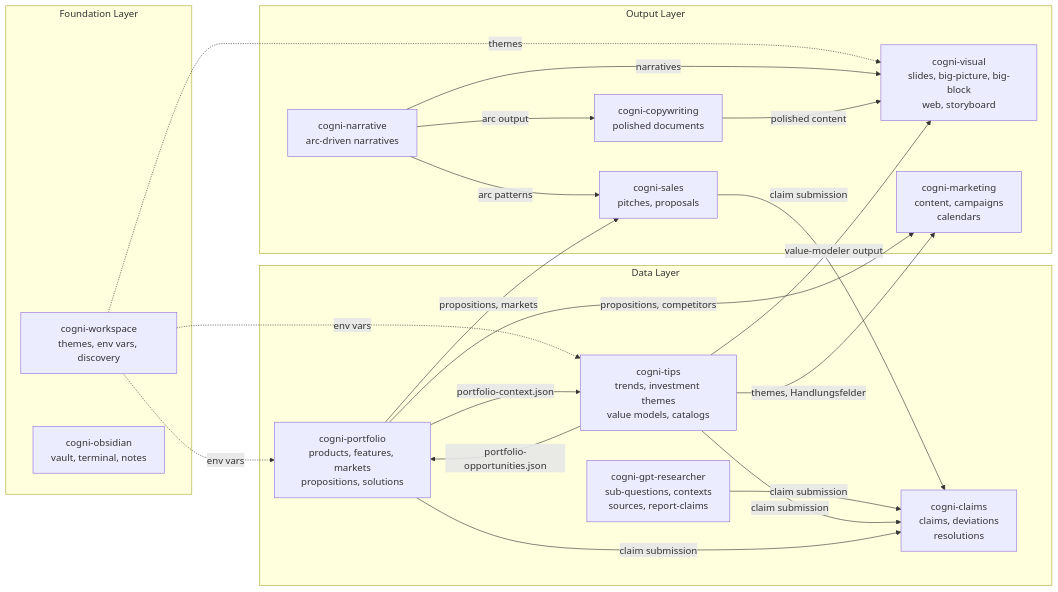
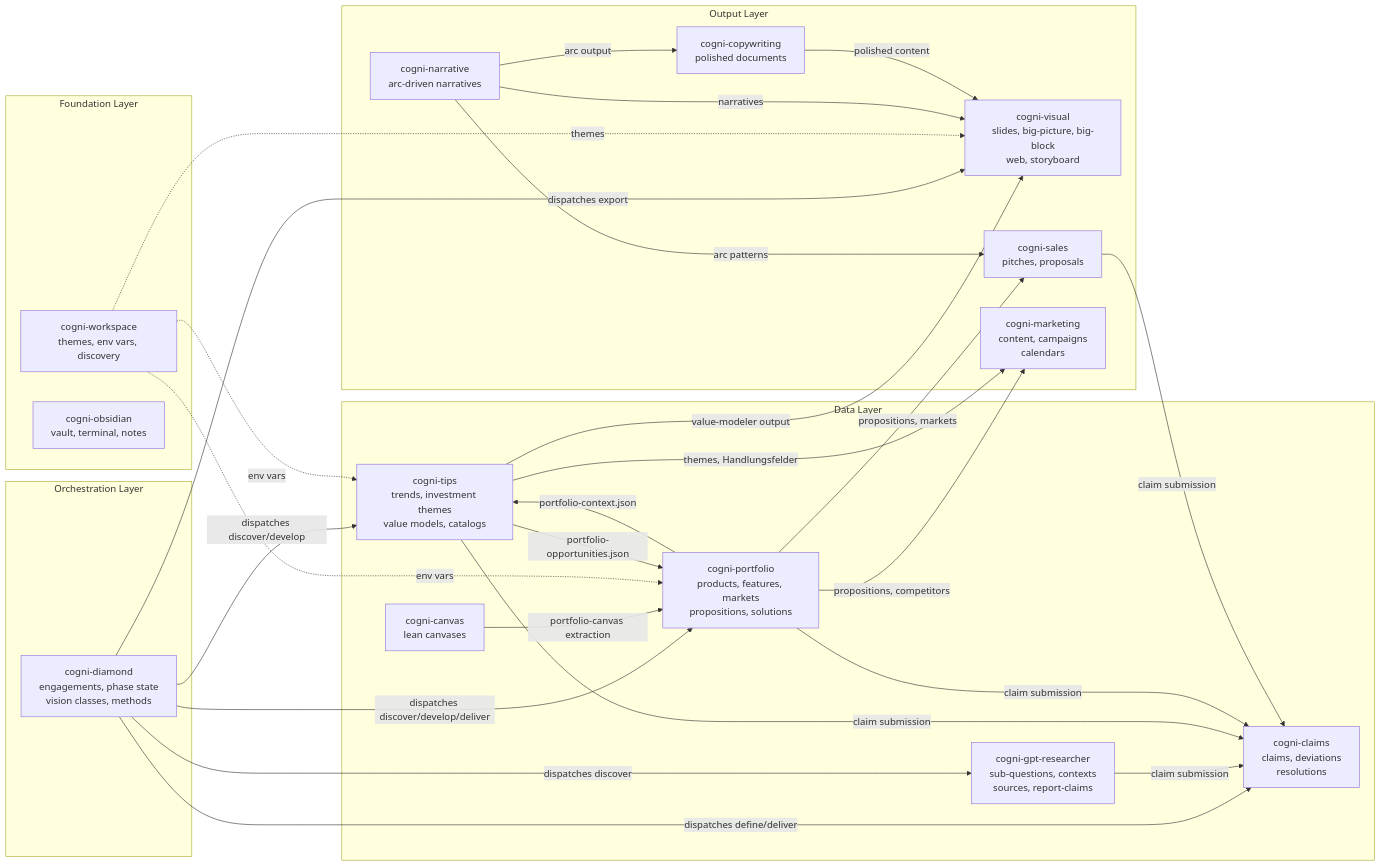
One commit to cogni-work/insight-wave changed the diagram in docs/er-diagram.md. Above: the diagram before and after it, drawn with Mermaid. The commit also changed other lines of this file and 15 other files, not shown here.

First line of the commit message:
docs(cogni-diamond): integrate into horizontal docs, teacher curriculum, and ER diagram

````diff
--- a/docs/er-diagram.md
+++ b/docs/er-diagram.md
@@ -7,53 +7,68 @@
 ```mermaid
 graph LR
+    subgraph Orchestration["Orchestration Layer"]
+        DM[cogni-diamond<br/>engagements, phase state<br/>vision classes, methods]
+    end
+
     subgraph Foundation["Foundation Layer"]
         WS[cogni-workspace<br/>themes, env vars, discovery]
         OB[cogni-obsidian<br/>vault, terminal, notes]
     end
 
     subgraph Data["Data Layer"]
+        CV[cogni-canvas<br/>lean canvases]
         PF[cogni-portfolio<br/>products, features, markets<br/>propositions, solutions]
         TI[cogni-tips<br/>trends, investment themes<br/>value models, catalogs]
         GR[cogni-gpt-researcher<br/>sub-questions, contexts<br/>sources, report-claims]
         CL[cogni-claims<br/>claims, deviations<br/>resolutions]
     end
 
     subgraph Output["Output Layer"]
         NA[cogni-narrative<br/>arc-driven narratives]
         CW[cogni-copywriting<br/>polished documents]
         VI[cogni-visual<br/>slides, big-picture, big-block<br/>web, storyboard]
         SA[cogni-sales<br/>pitches, proposals]
         MK[cogni-marketing<br/>content, campaigns<br/>calendars]
     end
+
+    %% Orchestration → Data + Output (diamond dispatches)
+    DM -->|dispatches discover| GR
+    DM -->|dispatches discover/develop| TI
+    DM -->|dispatches discover/develop/deliver| PF
+    DM -->|dispatches define/deliver| CL
+    DM -->|dispatches export| VI
+
+    %% Canvas → Portfolio
+    CV -->|portfolio-canvas extraction| PF
 
     %% Foundation → All
     WS -.->|themes| VI
     WS -.->|env vars| PF
     WS -.->|env vars| TI
 
     %% Portfolio ↔ TIPS (bidirectional)
     PF -->|portfolio-context.json| TI
     TI -->|portfolio-opportunities.json| PF
 
     %% Data → Claims (verification)
     GR -->|claim submission| CL
     TI -->|claim submission| CL
     PF -->|claim submission| CL
     SA -->|claim submission| CL
 
     %% Portfolio → Output
     PF -->|propositions, markets| SA
     PF -->|propositions, competitors| MK
 
     %% TIPS → Output
     TI -->|themes, Handlungsfelder| MK
     TI -->|value-modeler output| VI
 
     %% Narrative pipeline
     NA -->|arc output| CW
     NA -->|arc patterns| SA
     NA -->|narratives| VI
     CW -->|polished content| VI
 
     %% Teacher (standalone, not shown — teaches all plugins)
 ```
````
